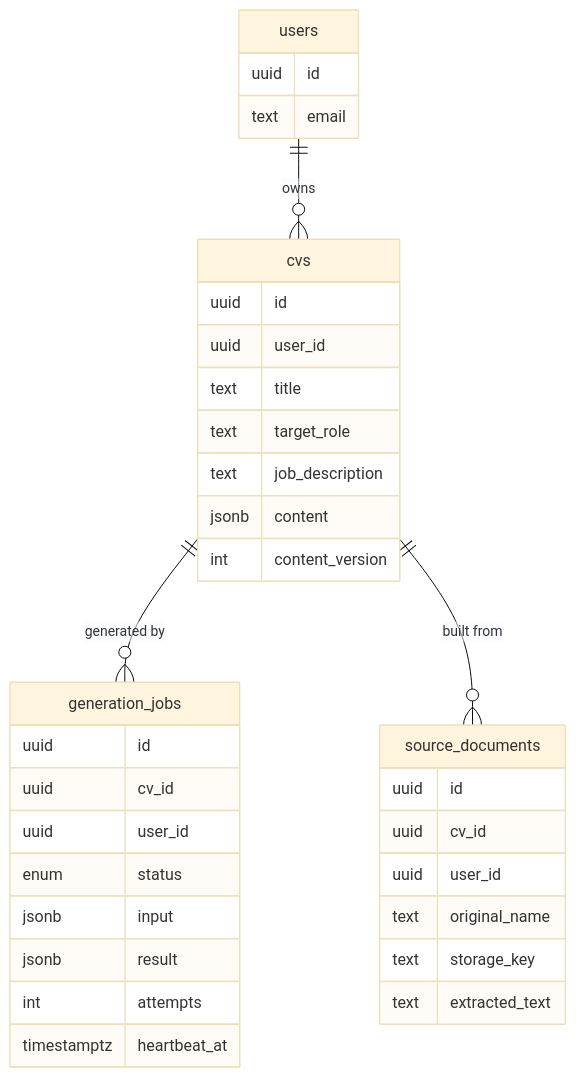
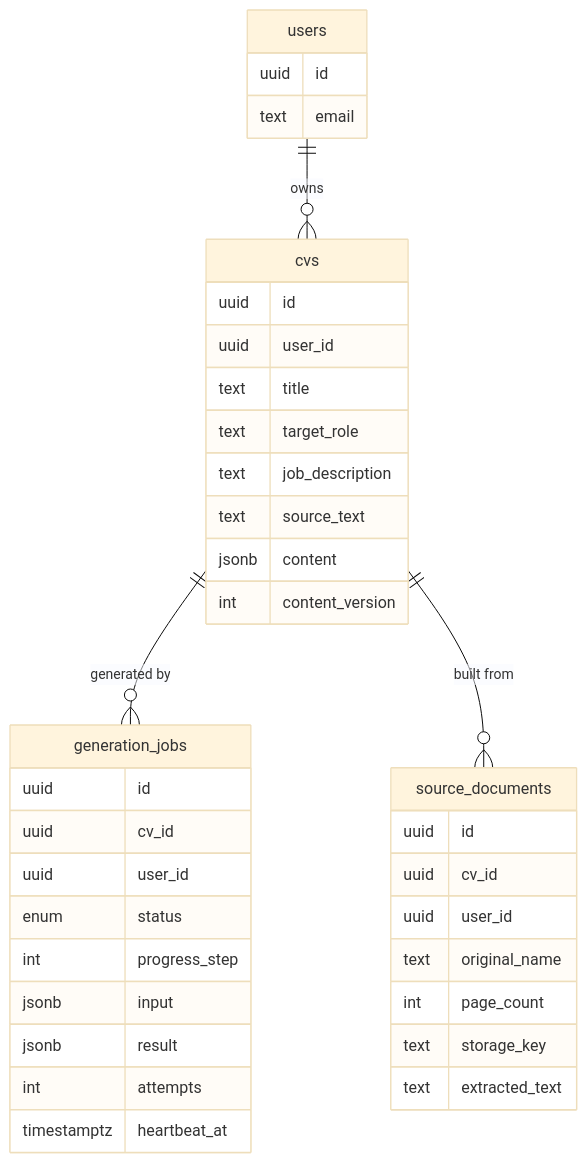
Before and after one commit to maxduma/ai_cv_builder: the second of 3 diagrams in README.md, drawn with Mermaid (base theme). The commit also changed other lines of this file and 89 other files, not shown here.

First line of the commit message:
Rebuild My CVs on the design and add the create-CV flow with mock generation

````diff
--- a/README.md
+++ b/README.md
@@ -141,10 +165,10 @@
 ```mermaid
 erDiagram
   users ||--o{ cvs : owns
   cvs ||--o{ generation_jobs : "generated by"
   cvs ||--o{ source_documents : "built from"
   users { uuid id  text email }
-  cvs { uuid id  uuid user_id  text title  text target_role  text job_description  jsonb content  int content_version }
-  generation_jobs { uuid id  uuid cv_id  uuid user_id  enum status  jsonb input  jsonb result  int attempts  timestamptz heartbeat_at }
-  source_documents { uuid id  uuid cv_id  uuid user_id  text original_name  text storage_key  text extracted_text }
+  cvs { uuid id  uuid user_id  text title  text target_role  text job_description  text source_text  jsonb content  int content_version }
+  generation_jobs { uuid id  uuid cv_id  uuid user_id  enum status  int progress_step  jsonb input  jsonb result  int attempts  timestamptz heartbeat_at }
+  source_documents { uuid id  uuid cv_id  uuid user_id  text original_name  int page_count  text storage_key  text extracted_text }
 ```
````
